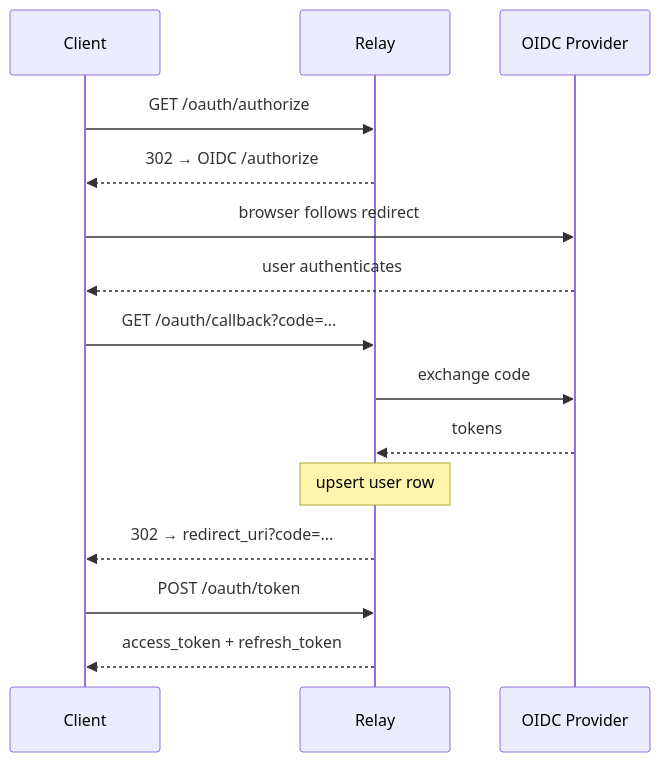
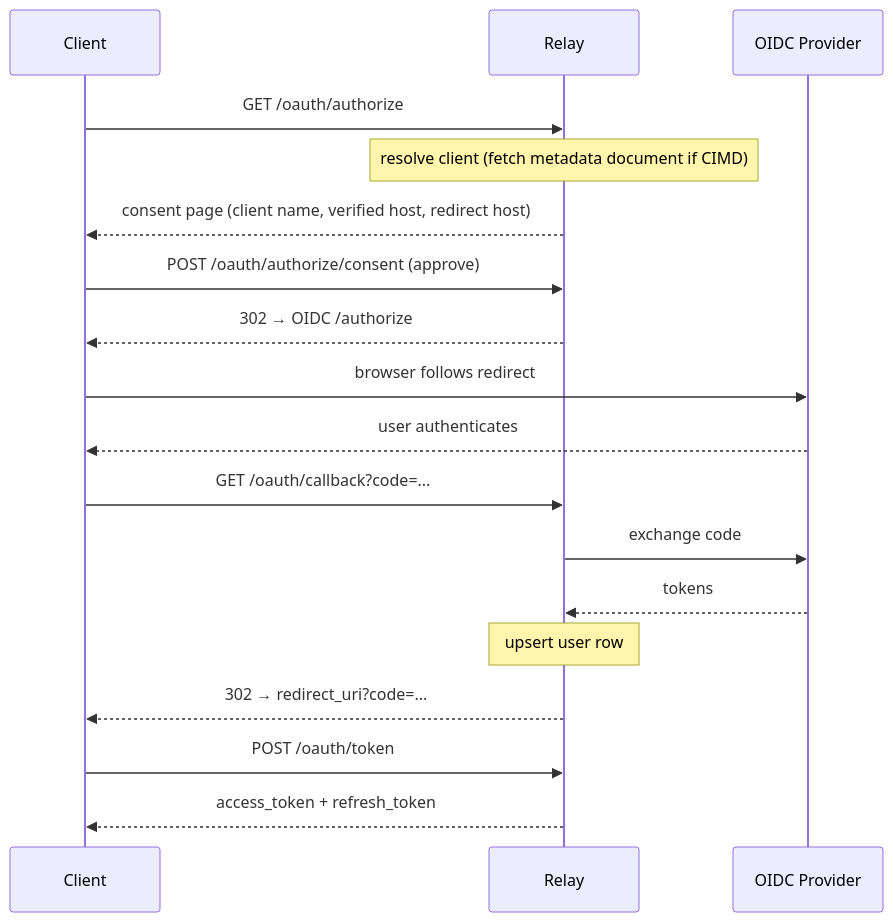
The second of 3 diagrams in docs/relay.md (Mahasamuha/constellation-mcp), drawn with Mermaid before and after one commit. The commit also changed other lines of this file and 4 other files, not shown here.

First line of the commit message:
docs: add ADR 0021 for Client ID Metadata Documents and OIDC consent

````diff
--- a/docs/relay.md
+++ b/docs/relay.md
@@ -463,18 +463,21 @@
 ```mermaid
 sequenceDiagram
     participant Client
     participant Relay
     participant OIDC as OIDC Provider
 
     Client->>Relay: GET /oauth/authorize
+    Note over Relay: resolve client (fetch metadata document if CIMD)
+    Relay-->>Client: consent page (client name, verified host, redirect host)
+    Client->>Relay: POST /oauth/authorize/consent (approve)
     Relay-->>Client: 302 → OIDC /authorize
     Client->>OIDC: browser follows redirect
     OIDC-->>Client: user authenticates
     Client->>Relay: GET /oauth/callback?code=...
     Relay->>OIDC: exchange code
     OIDC-->>Relay: tokens
     Note over Relay: upsert user row
     Relay-->>Client: 302 → redirect_uri?code=...
     Client->>Relay: POST /oauth/token
     Relay-->>Client: access_token + refresh_token
 ```
````
